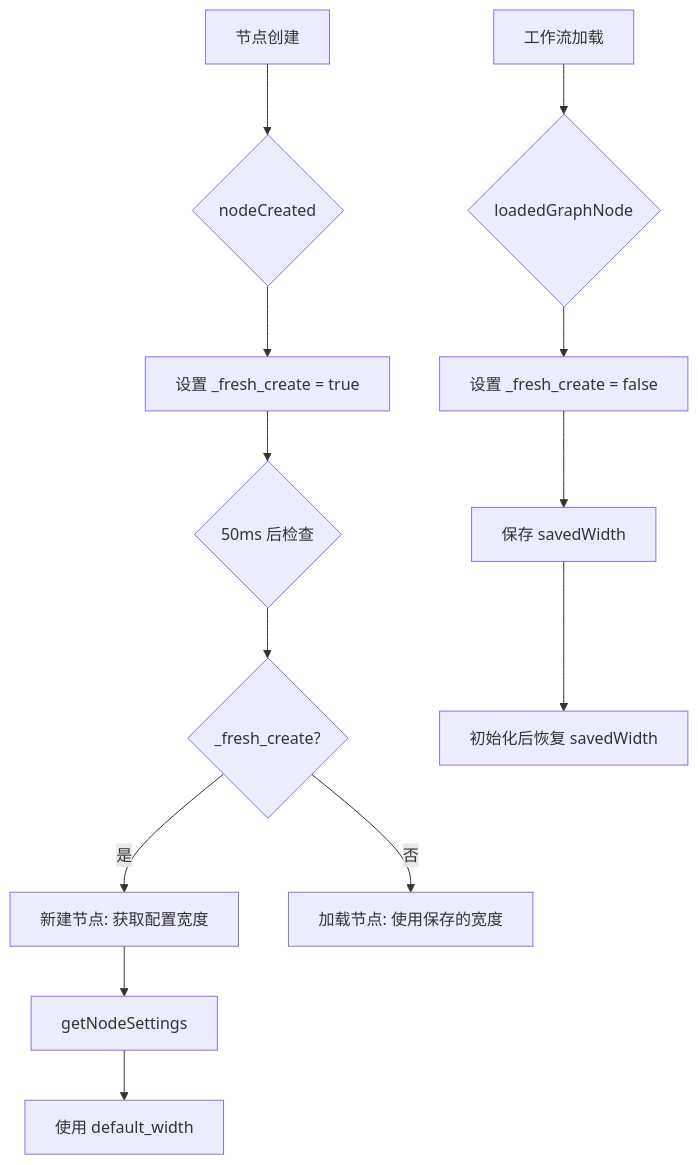
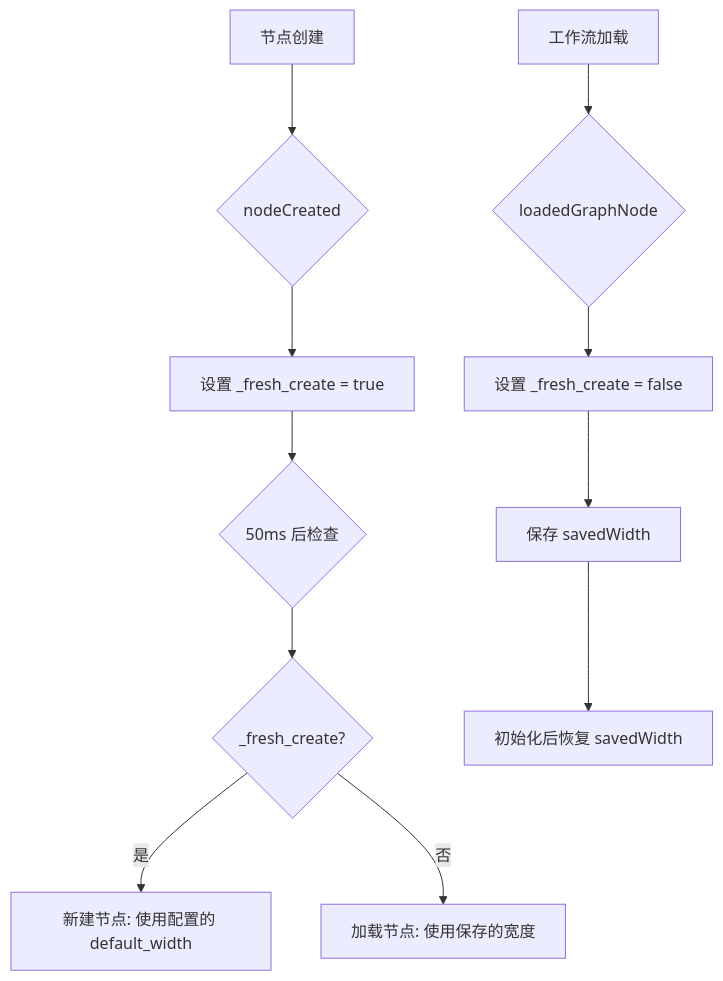
One commit to RexGrey/ComfyUI-Custom-Batchbox changed the eighth of 16 diagrams in ARCHITECTURE.md. Above: the diagram before and after it, drawn with Mermaid. The commit also changed other lines of this file and 5 other files, not shown here.

````diff
--- a/ARCHITECTURE.md
+++ b/ARCHITECTURE.md
@@ -559,16 +527,14 @@
 ```mermaid
 flowchart TD
     A[节点创建] --> B{nodeCreated}
     B --> C[设置 _fresh_create = true]
     C --> D{50ms 后检查}
     D --> E{_fresh_create?}
-    E -->|是| F1[新建节点: 获取配置宽度]
-    F1 --> F2[getNodeSettings]
-    F2 --> F3[使用 default_width]
+    E -->|是| F1[新建节点: 使用配置的 default_width]
     E -->|否| G[加载节点: 使用保存的宽度]
-    
+
     H[工作流加载] --> I{loadedGraphNode}
     I --> J[设置 _fresh_create = false]
     J --> K[保存 savedWidth]
     K --> L[初始化后恢复 savedWidth]
 ```
````
